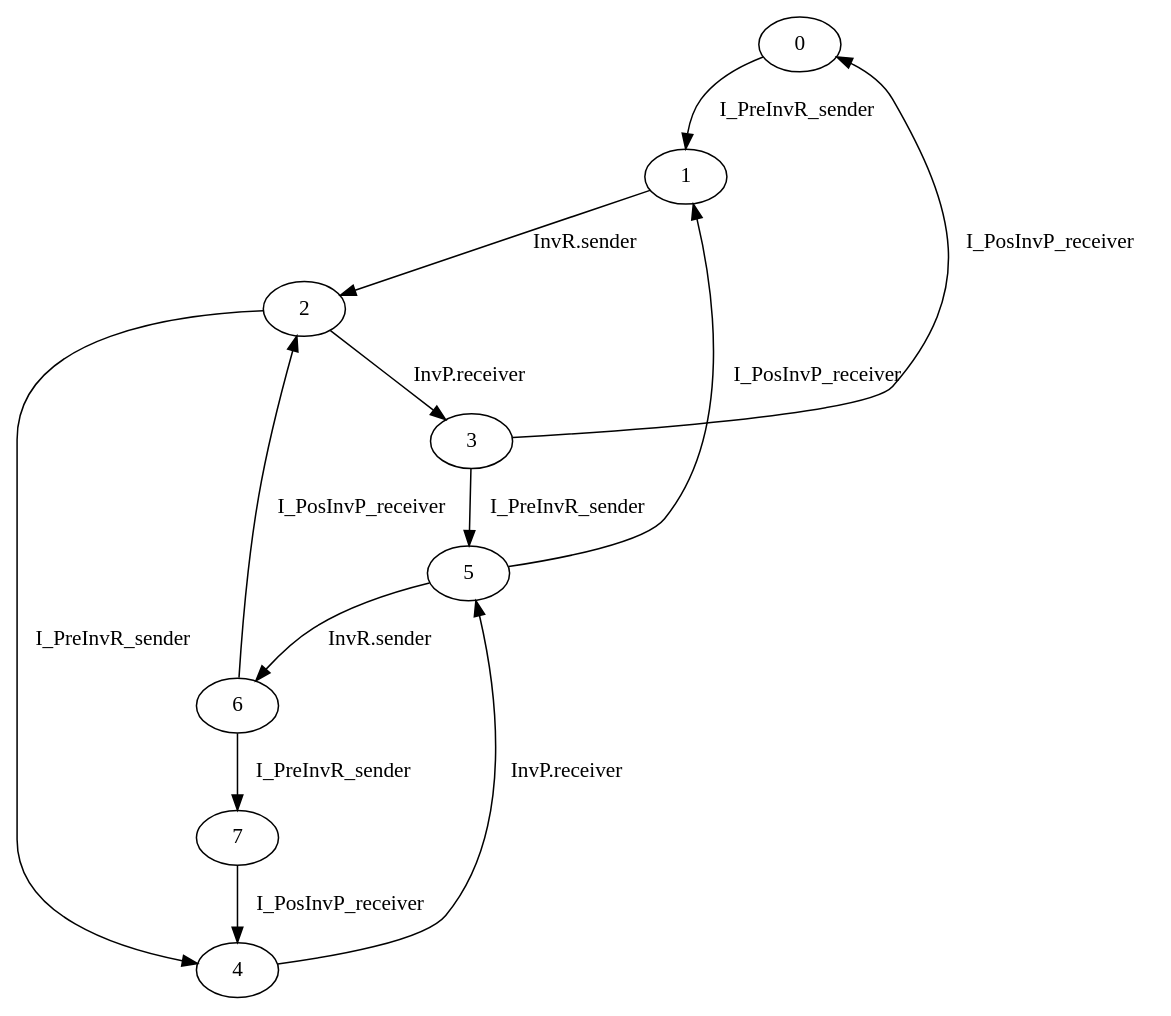
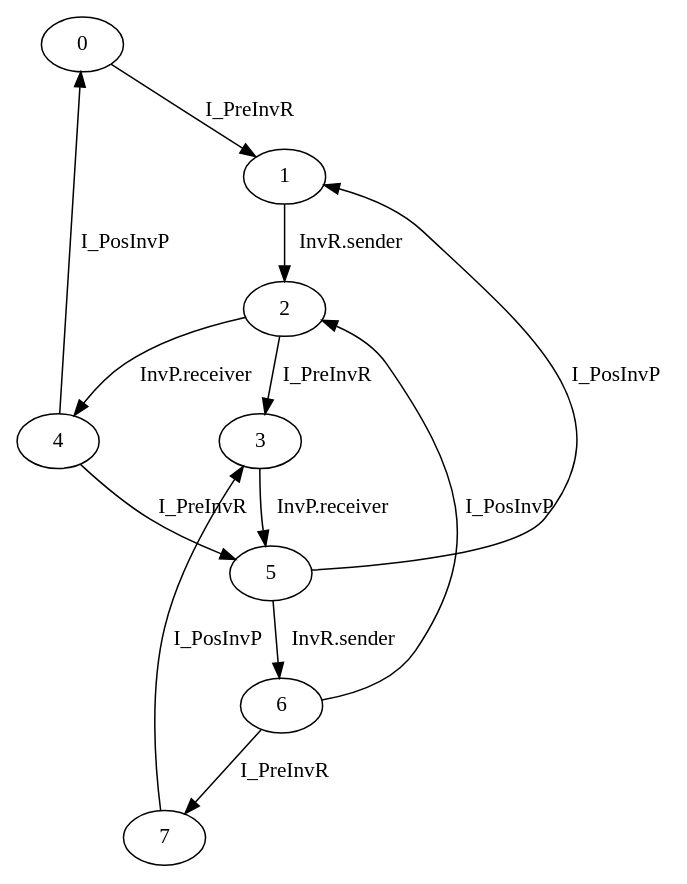
The diagram in src/cspspecs/SenderReceiver.dot (nsrosa70/midarch-go-v13), drawn with Graphviz before and after one commit. The commit also changed 59 other files, not shown here.

```diff
--- a/src/cspspecs/SenderReceiver.dot
+++ b/src/cspspecs/SenderReceiver.dot
@@ -1,14 +1,14 @@
 digraph G {
-  0 -> 1 [ label="I_PreInvR_sender" ];
+  0 -> 1 [ label="I_PreInvR" ];
   1 -> 2 [ label="InvR.sender" ];
-  2 -> 3 [ label="InvP.receiver" ];
-  2 -> 4 [ label="I_PreInvR_sender" ];
-  3 -> 0 [ label="I_PosInvP_receiver" ];
-  3 -> 5 [ label="I_PreInvR_sender" ];
-  4 -> 5 [ label="InvP.receiver" ];
+  2 -> 3 [ label="I_PreInvR" ];
+  2 -> 4 [ label="InvP.receiver" ];
+  3 -> 5 [ label="InvP.receiver" ];
+  4 -> 5 [ label="I_PreInvR" ];
+  4 -> 0 [ label="I_PosInvP" ];
   5 -> 6 [ label="InvR.sender" ];
-  5 -> 1 [ label="I_PosInvP_receiver" ];
-  6 -> 2 [ label="I_PosInvP_receiver" ];
-  6 -> 7 [ label="I_PreInvR_sender" ];
-  7 -> 4 [ label="I_PosInvP_receiver" ];
+  5 -> 1 [ label="I_PosInvP" ];
+  6 -> 7 [ label="I_PreInvR" ];
+  6 -> 2 [ label="I_PosInvP" ];
+  7 -> 3 [ label="I_PosInvP" ];
 }
```
